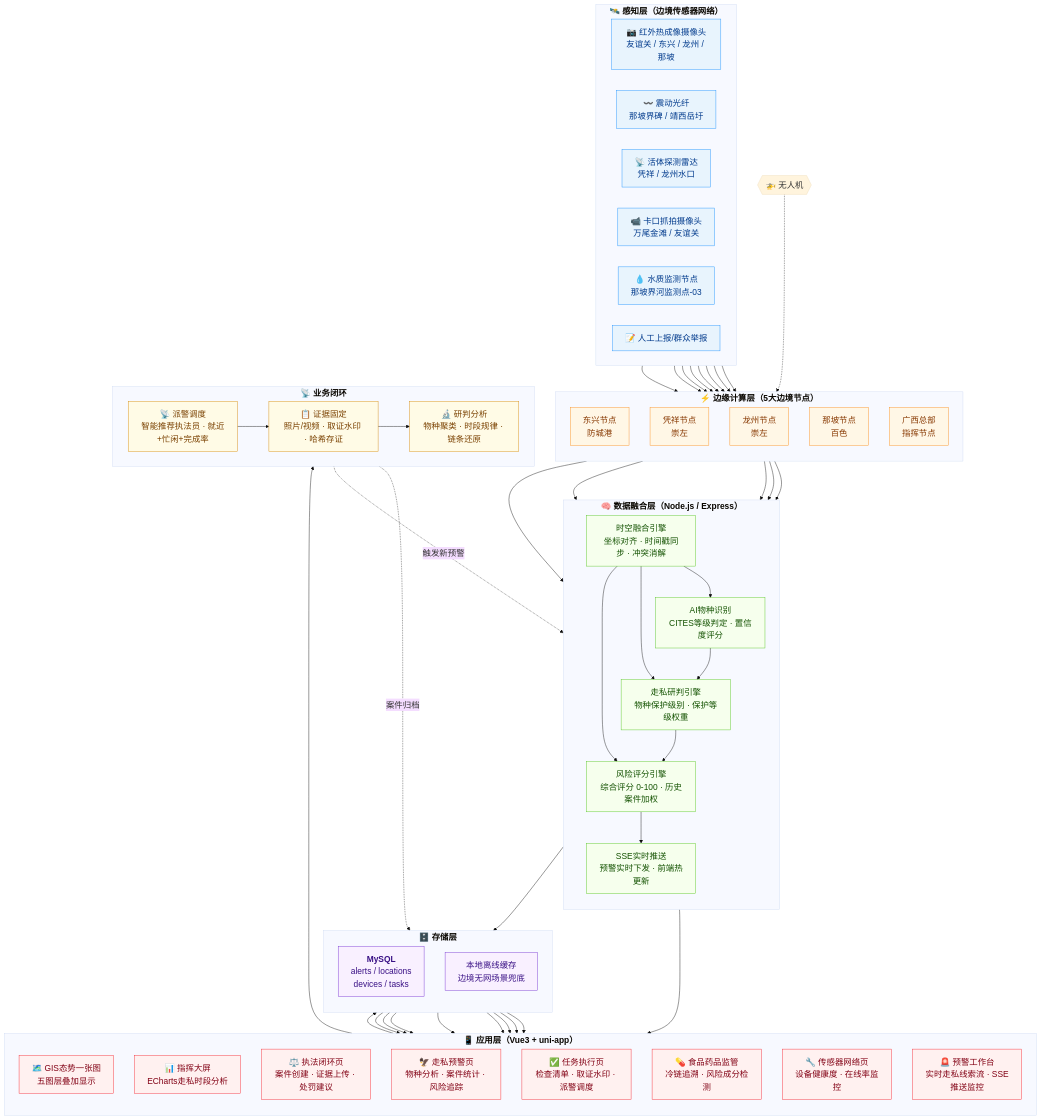
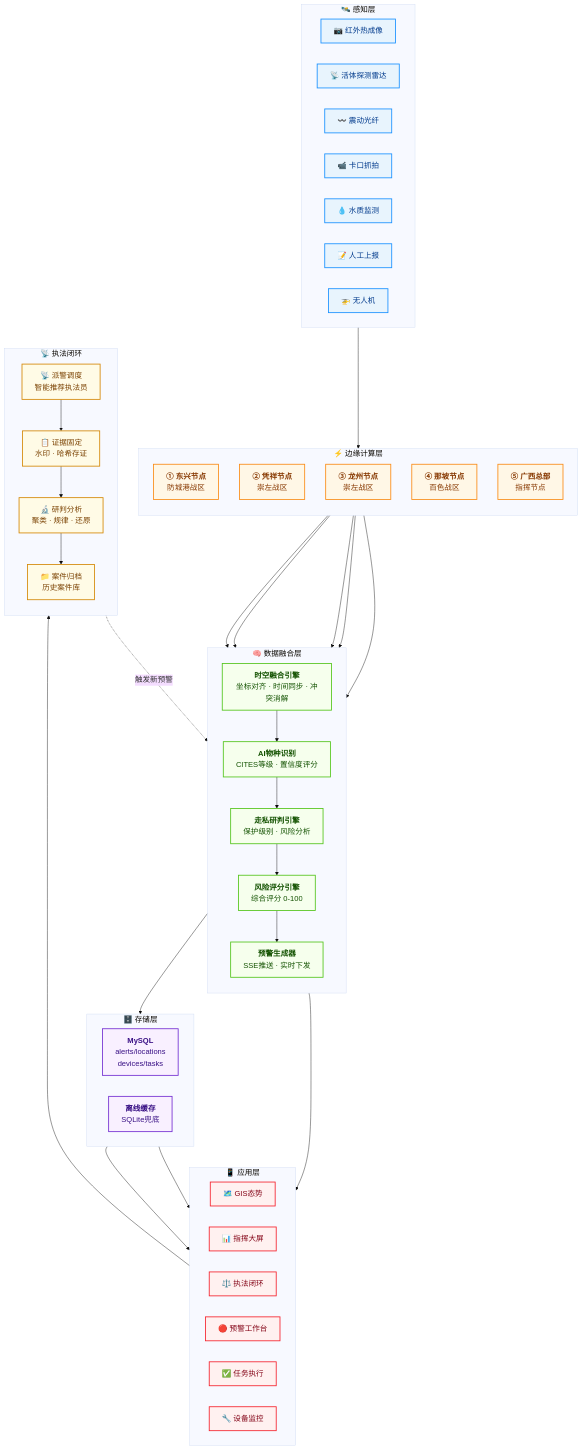
The diagram in architecture/README.md (ppqqmeimei-create/reyanqinxiao), drawn with Mermaid before and after one commit. The commit also changed other lines of this file, not shown here.

Commit message:
refactor: 优化架构图布局，采用分块布局，清晰展示六层结构
Made-with: Cursor

````diff
--- a/architecture/README.md
+++ b/architecture/README.md
@@ -27,100 +27,94 @@
 ```mermaid
-%%{init: {'theme': 'base', 'themeVariables': { 'fontSize': '20px', 'nodeSpacing': '35', 'rankSpacing': '100'}}}%%
+%%{init: {'theme': 'base', 'themeVariables': { 'fontSize': '18px', 'nodeSpacing': '35', 'rankSpacing': '70'}}}%%
 flowchart TB
-    subgraph SENSOR["<b>🛰️ 感知层（边境传感器网络）</b>"]
+    %% ============ 感知层（顶部横向） ============
+    subgraph S1["🛰️ 感知层"]
         direction LR
-        IR["📷 红外热成像摄像头\n友谊关 / 东兴 / 龙州 / 那坡"]
-        VIB["〰️ 震动光纤\n那坡界碑 / 靖西岳圩"]
-        RADAR["📡 活体探测雷达\n凭祥 / 龙州水口"]
-        CAM["📹 卡口抓拍摄像头\n万尾金滩 / 友谊关"]
-        WATER["💧 水质监测节点\n那坡界河监测点-03"]
-        MANUAL["📝 人工上报/群众举报"]
+        S1_1["📷 红外热成像"]
+        S1_2["📡 活体探测雷达"]
+        S1_3["〰️ 震动光纤"]
+        S1_4["📹 卡口抓拍"]
+        S1_5["💧 水质监测"]
+        S1_6["📝 人工上报"]
+        S1_7["🚁 无人机"]
     end
 
-    subgraph EDGE["<b>⚡ 边缘计算层（5大边境节点）</b>"]
+    %% ============ 边缘计算层（核心处理） ============
+    subgraph S2["⚡ 边缘计算层"]
         direction TB
-        E1["东兴节点\n防城港"]
-        E2["凭祥节点\n崇左"]
-        E3["龙州节点\n崇左"]
-        E4["那坡节点\n百色"]
-        E5["广西总部\n指挥节点"]
+        E1["<b>① 东兴节点</b><br/>防城港战区"]
+        E2["<b>② 凭祥节点</b><br/>崇左战区"]
+        E3["<b>③ 龙州节点</b><br/>崇左战区"]
+        E4["<b>④ 那坡节点</b><br/>百色战区"]
+        E5["<b>⑤ 广西总部</b><br/>指挥节点"]
     end
 
-    subgraph FUSION["<b>🧠 数据融合层（Node.js / Express）</b>"]
+    %% ============ 数据融合层（核心能力） ============
+    subgraph S3["🧠 数据融合层"]
         direction TB
-        FUSE["时空融合引擎\n坐标对齐 · 时间戳同步 · 冲突消解"]
-        AI["AI物种识别\nCITES等级判定 · 置信度评分"]
-        JUDGE["走私研判引擎\n物种保护级别 · 保护等级权重"]
-        RISK["风险评分引擎\n综合评分 0-100 · 历史案件加权"]
-        SSE["SSE实时推送\n预警实时下发 · 前端热更新"]
+        FUSE["<b>时空融合引擎</b><br/>坐标对齐 · 时间同步 · 冲突消解"]
+        AI["<b>AI物种识别</b><br/>CITES等级 · 置信度评分"]
+        JUDGE["<b>走私研判引擎</b><br/>保护级别 · 风险分析"]
+        RISK["<b>风险评分引擎</b><br/>综合评分 0-100"]
+        SSE["<b>预警生成器</b><br/>SSE推送 · 实时下发"]
     end
 
-    subgraph STORE["<b>🗄️ 存储层</b>"]
-        direction TB
-        MYSQL["<b>MySQL</b>\nalerts / locations\ndevices / tasks"]
-        CACHE["本地离线缓存\n边境无网场景兜底"]
+    %% ============ 存储层 ============
+    subgraph S4["🗄️ 存储层"]
+        direction LR
+        DB["<b>MySQL</b><br/>alerts/locations<br/>devices/tasks"]
+        CACHE["<b>离线缓存</b><br/>SQLite兜底"]
     end
 
-    subgraph APP["<b>📱 应用层（Vue3 + uni-app）</b>"]
-        direction TB
-        GIS["🗺️ GIS态势一张图\n五图层叠加显示"]
-        DASH["📊 指挥大屏\nECharts走私时段分析"]
-        ENFORCE["⚖️ 执法闭环页\n案件创建 · 证据上传 · 处罚建议"]
-        WILDLIFE["🦅 走私预警页\n物种分析 · 案件统计 · 风险追踪"]
-        TASK["✅ 任务执行页\n检查清单 · 取证水印 · 派警调度"]
-        FOODDRUG["💊 食品药品监管\n冷链追溯 · 风险成分检测"]
-        DEV["🔧 传感器网络页\n设备健康度 · 在线率监控"]
-        ALERT_UI["🚨 预警工作台\n实时走私线索流 · SSE推送监控"]
+    %% ============ 应用层（核心功能） ============
+    subgraph S5["📱 应用层"]
+        direction LR
+        P1["🗺️ GIS态势"]
+        P2["📊 指挥大屏"]
+        P3["⚖️ 执法闭环"]
+        P4["🔴 预警工作台"]
+        P5["✅ 任务执行"]
+        P6["🔧 设备监控"]
     end
 
-    subgraph LOOP["<b>📡 业务闭环</b>"]
-        direction LR
-        DISPATCH["📡 派警调度\n智能推荐执法员 · 就近+忙闲+完成率"]
-        EVIDENCE["📋 证据固定\n照片/视频 · 取证水印 · 哈希存证"]
-        RESEARCH["🔬 研判分析\n物种聚类 · 时段规律 · 链条还原"]
+    %% ============ 业务闭环（右侧） ============
+    subgraph LOOP["📡 执法闭环"]
+        direction TB
+        DISPATCH["📡 派警调度<br/>智能推荐执法员"]
+        EVIDENCE["📋 证据固定<br/>水印 · 哈希存证"]
+        RESEARCH["🔬 研判分析<br/>聚类 · 规律 · 还原"]
+        CLOSE["📁 案件归档<br/>历史案件库"]
     end
 
-    IR & CAM --> E1
-    IR --> E2
-    VIB --> E4
-    RADAR --> E2 & E3
-    WATER --> E4
-    MANUAL --> E2
-    DRONE{{"🚁 无人机"}} -.-> E5
+    %% ============ 数据流向 ============
+    S1 --> S2
 
     E1 & E2 & E3 & E4 & E5 --> FUSE
+    FUSE --> AI --> JUDGE --> RISK --> SSE
 
-    FUSE --> AI
-    FUSE --> JUDGE
-    FUSE --> RISK
-    AI --> JUDGE
-    JUDGE --> RISK
-    RISK --> SSE
-    SSE --> ALERT_UI
+    S3 --> DB
+    SSE --> P4
+    DB --> S5
+    CACHE --> P1
 
-    FUSE --> MYSQL
-    ALERT_UI --> MYSQL
-
-    MYSQL --> GIS & DASH & ENFORCE & WILDLIFE & TASK & FOODDRUG & DEV
-    CACHE --> GIS
-
-    ALERT_UI --> DISPATCH
+    P4 --> DISPATCH
     DISPATCH --> EVIDENCE
     EVIDENCE --> RESEARCH
-    RESEARCH -.->|触发新预警| SSE
-    RESEARCH -.->|案件归档| MYSQL
+    RESEARCH --> CLOSE
+    CLOSE -.->|触发新预警| SSE
 
-    classDef SENSOR fill:#e8f4fd,stroke:#1890ff,color:#003a8c
-    classDef EDGE fill:#fff7e6,stroke:#fa8c16,color:#873800
-    classDef FUSION fill:#f6ffed,stroke:#52c41a,color:#135200
-    classDef STORE fill:#f9f0ff,stroke:#722ed1,color:#391085
-    classDef APP fill:#fff1f0,stroke:#f5222d,color:#820014
-    classDef LOOP fill:#fffbe6,stroke:#d48806,color:#7a4100
+    %% ============ 样式定义 ============
+    classDef SENSOR fill:#e8f4fd,stroke:#1890ff,stroke-width:2px,color:#003a8c
+    classDef EDGE fill:#fff7e6,stroke:#fa8c16,stroke-width:2px,color:#873800
+    classDef FUSION fill:#f6ffed,stroke:#52c41a,stroke-width:2px,color:#135200
+    classDef STORE fill:#f9f0ff,stroke:#722ed1,stroke-width:2px,color:#391085
+    classDef APP fill:#fff1f0,stroke:#f5222d,stroke-width:2px,color:#820014
+    classDef LOOP fill:#fffbe6,stroke:#d48806,stroke-width:2px,color:#7a4100
 
-    class IR,VIB,RADAR,CAM,WATER,MANUAL SENSOR
+    class S1_1,S1_2,S1_3,S1_4,S1_5,S1_6,S1_7 SENSOR
     class E1,E2,E3,E4,E5 EDGE
     class FUSE,AI,JUDGE,RISK,SSE FUSION
-    class MYSQL,CACHE STORE
-    class GIS,DASH,ENFORCE,WILDLIFE,TASK,FOODDRUG,DEV,ALERT_UI APP
-    class DISPATCH,EVIDENCE,RESEARCH LOOP
+    class DB,CACHE STORE
+    class P1,P2,P3,P4,P5,P6 APP
+    class DISPATCH,EVIDENCE,RESEARCH,CLOSE LOOP
 ```
````
